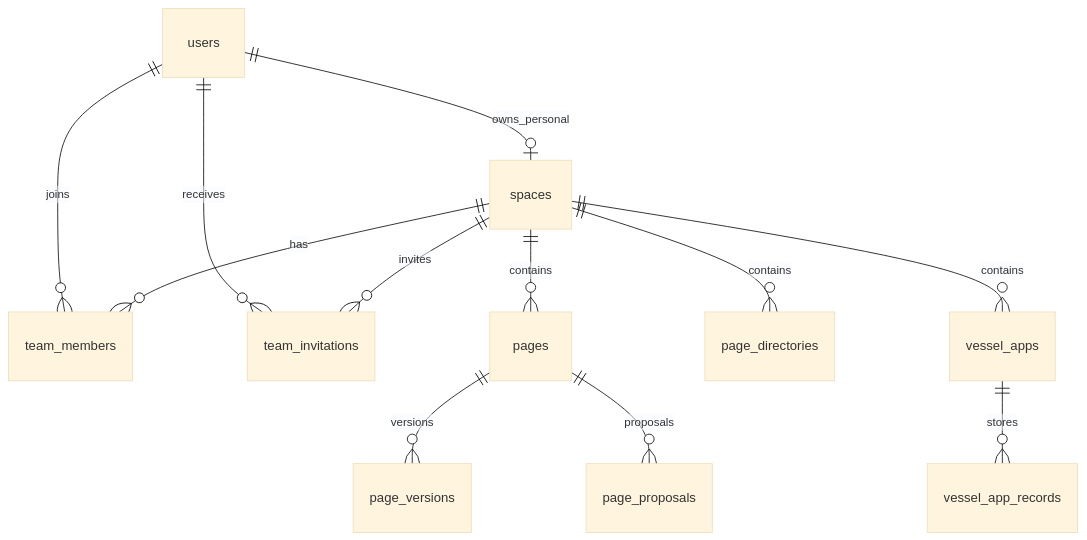
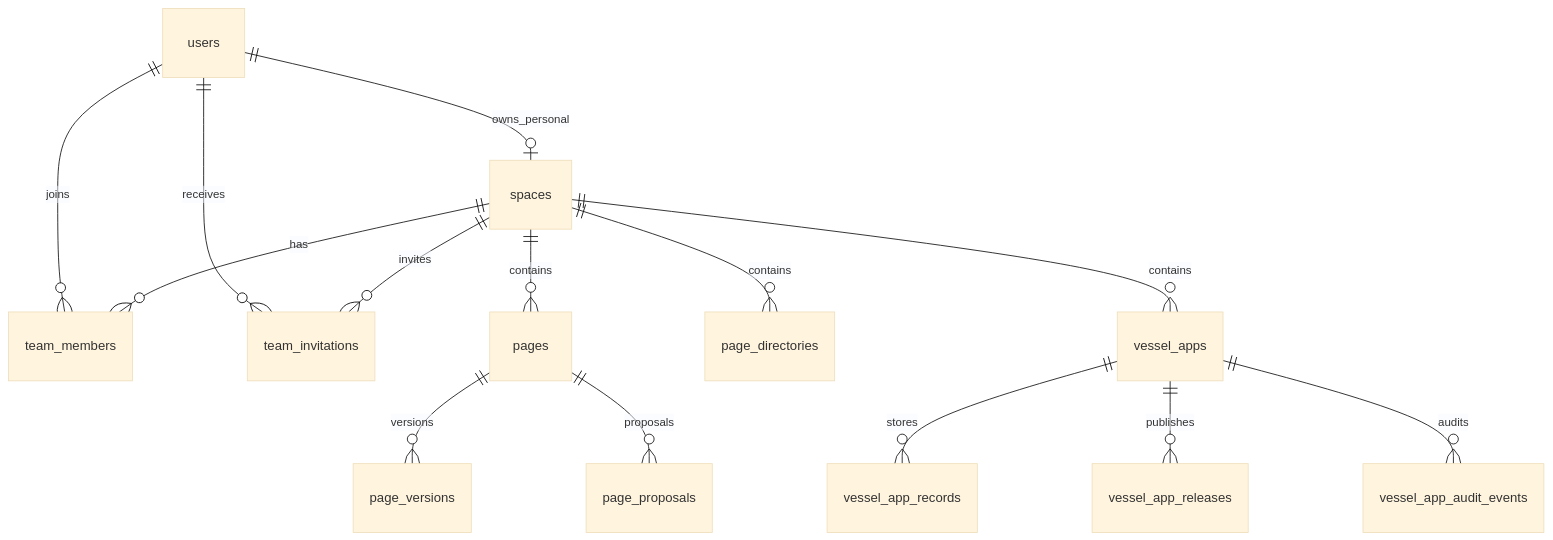
The diagram in docs/db-schema.md (brightman/vessel), drawn with Mermaid (base theme) before and after one commit. The commit also changed other lines of this file and 4 other files, not shown here.

Commit message:
feat: add Vessel App management schema

````diff
--- a/docs/db-schema.md
+++ b/docs/db-schema.md
@@ -11,14 +11,16 @@
 ```mermaid
 erDiagram
   users ||--o| spaces : owns_personal
   users ||--o{ team_members : joins
   spaces ||--o{ team_members : has
   users ||--o{ team_invitations : receives
   spaces ||--o{ team_invitations : invites
   spaces ||--o{ pages : contains
   spaces ||--o{ page_directories : contains
   spaces ||--o{ vessel_apps : contains
   vessel_apps ||--o{ vessel_app_records : stores
+  vessel_apps ||--o{ vessel_app_releases : publishes
+  vessel_apps ||--o{ vessel_app_audit_events : audits
   pages ||--o{ page_versions : versions
   pages ||--o{ page_proposals : proposals
 ```
````
